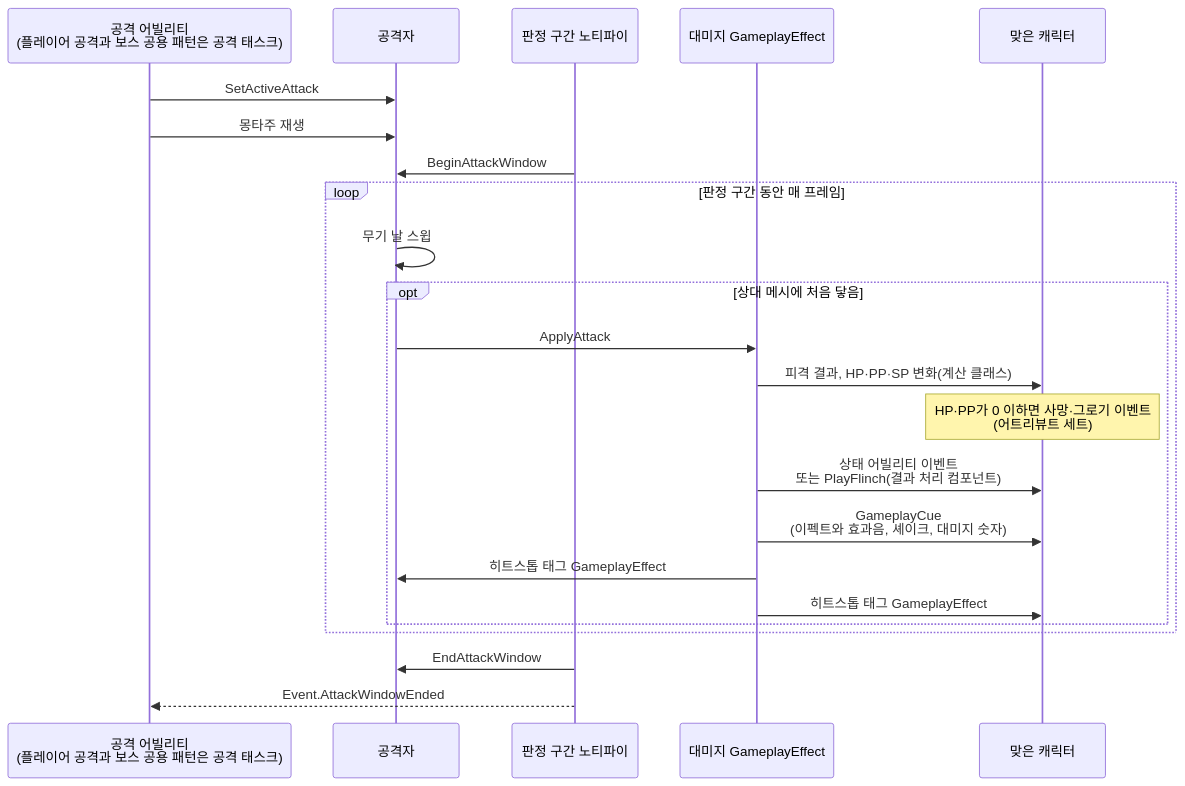
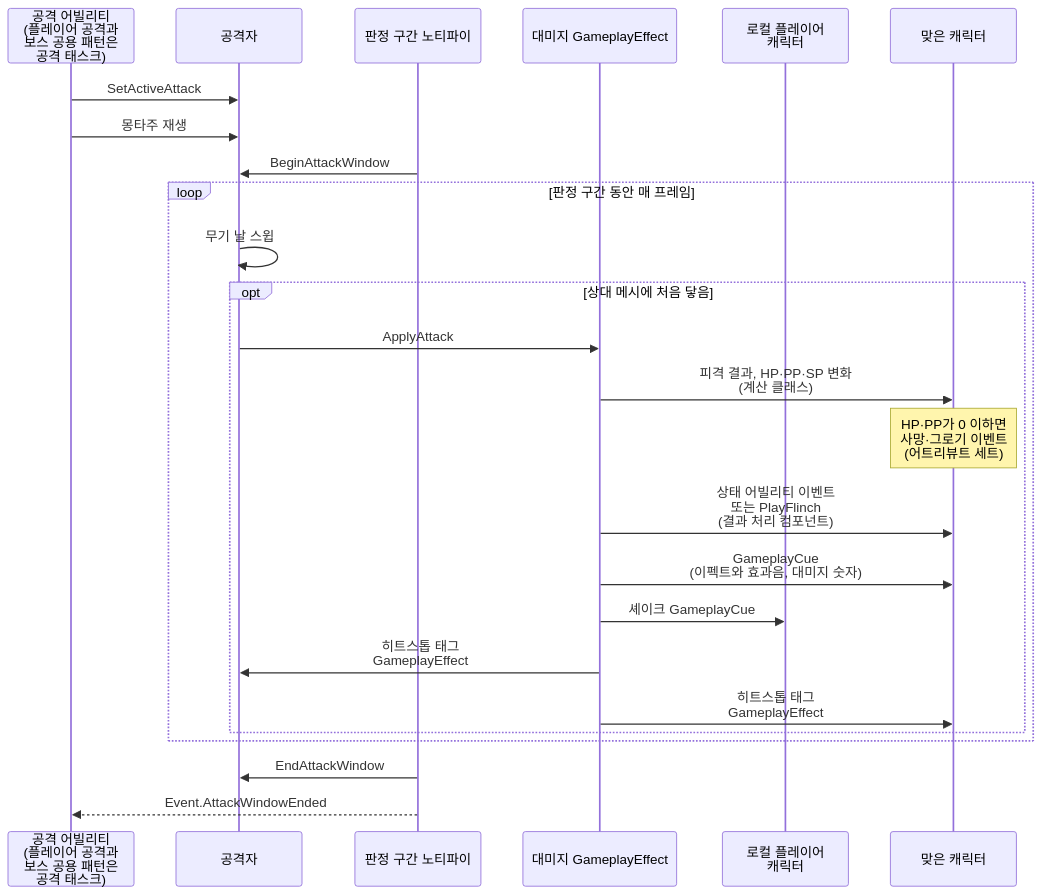
One commit to Woogl/Ag changed the third of 3 diagrams in Docs/Program/대미지와 피격 처리.md. Above: the diagram before and after it, drawn with Mermaid. The commit also changed other lines of this file and 2 other files, not shown here.

Commit message:
구현 계획서: 대미지 문서의 중복을 줄이고 코드에 맞춤

````diff
--- a/Docs/Program/대미지와 피격 처리.md
+++ b/Docs/Program/대미지와 피격 처리.md
@@ -75,25 +81,27 @@
 ```mermaid
 sequenceDiagram
-    participant GA as 공격 어빌리티<br>(플레이어 공격과 보스 공용 패턴은 공격 태스크)
+    participant GA as 공격 어빌리티<br>(플레이어 공격과<br>보스 공용 패턴은<br>공격 태스크)
     participant A as 공격자
     participant N as 판정 구간 노티파이
     participant G as 대미지 GameplayEffect
+    participant P as 로컬 플레이어<br>캐릭터
     participant T as 맞은 캐릭터
     GA->>A: SetActiveAttack
     GA->>A: 몽타주 재생
     N->>A: BeginAttackWindow
     loop 판정 구간 동안 매 프레임
         A->>A: 무기 날 스윕
         opt 상대 메시에 처음 닿음
             A->>G: ApplyAttack
-            G->>T: 피격 결과, HP·PP·SP 변화(계산 클래스)
-            Note over T: HP·PP가 0 이하면 사망·그로기 이벤트<br>(어트리뷰트 세트)
-            G->>T: 상태 어빌리티 이벤트<br>또는 PlayFlinch(결과 처리 컴포넌트)
-            G->>T: GameplayCue<br>(이펙트와 효과음, 셰이크, 대미지 숫자)
-            G->>A: 히트스톱 태그 GameplayEffect
-            G->>T: 히트스톱 태그 GameplayEffect
+            G->>T: 피격 결과, HP·PP·SP 변화<br>(계산 클래스)
+            Note over T: HP·PP가 0 이하면<br>사망·그로기 이벤트<br>(어트리뷰트 세트)
+            G->>T: 상태 어빌리티 이벤트<br>또는 PlayFlinch<br>(결과 처리 컴포넌트)
+            G->>T: GameplayCue<br>(이펙트와 효과음, 대미지 숫자)
+            G->>P: 셰이크 GameplayCue
+            G->>A: 히트스톱 태그<br>GameplayEffect
+            G->>T: 히트스톱 태그<br>GameplayEffect
         end
     end
     N->>A: EndAttackWindow
     N-->>GA: Event.AttackWindowEnded
 ```
````
